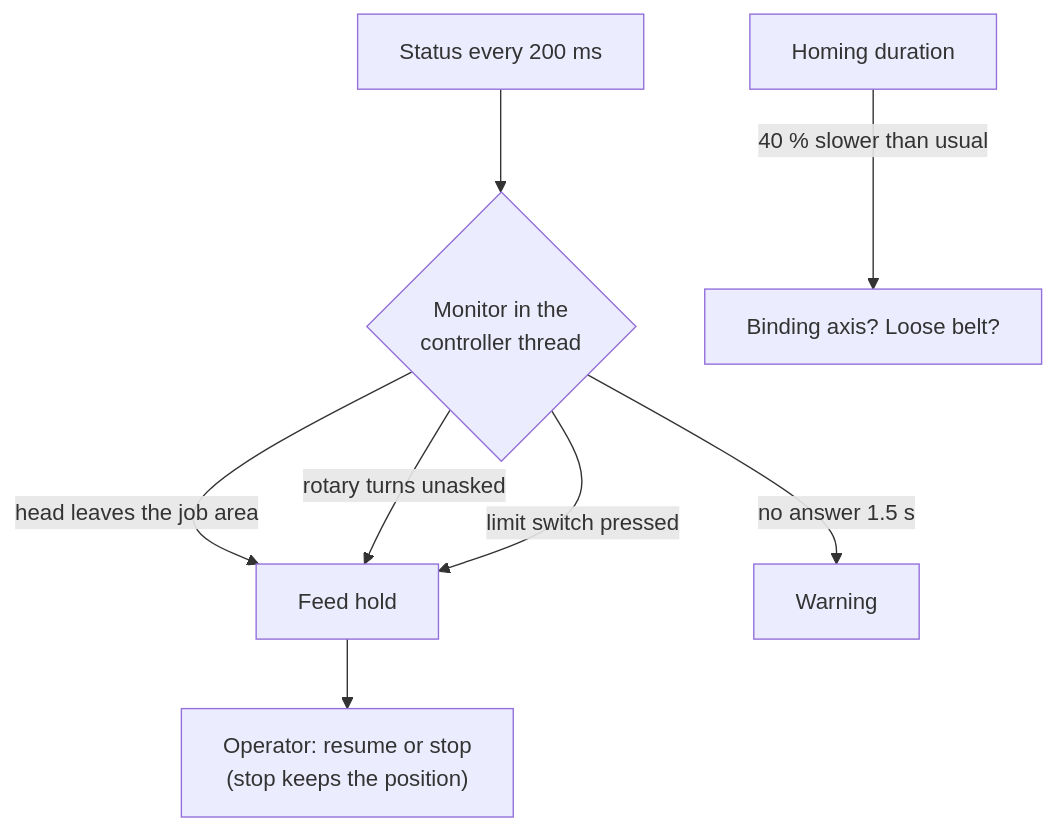
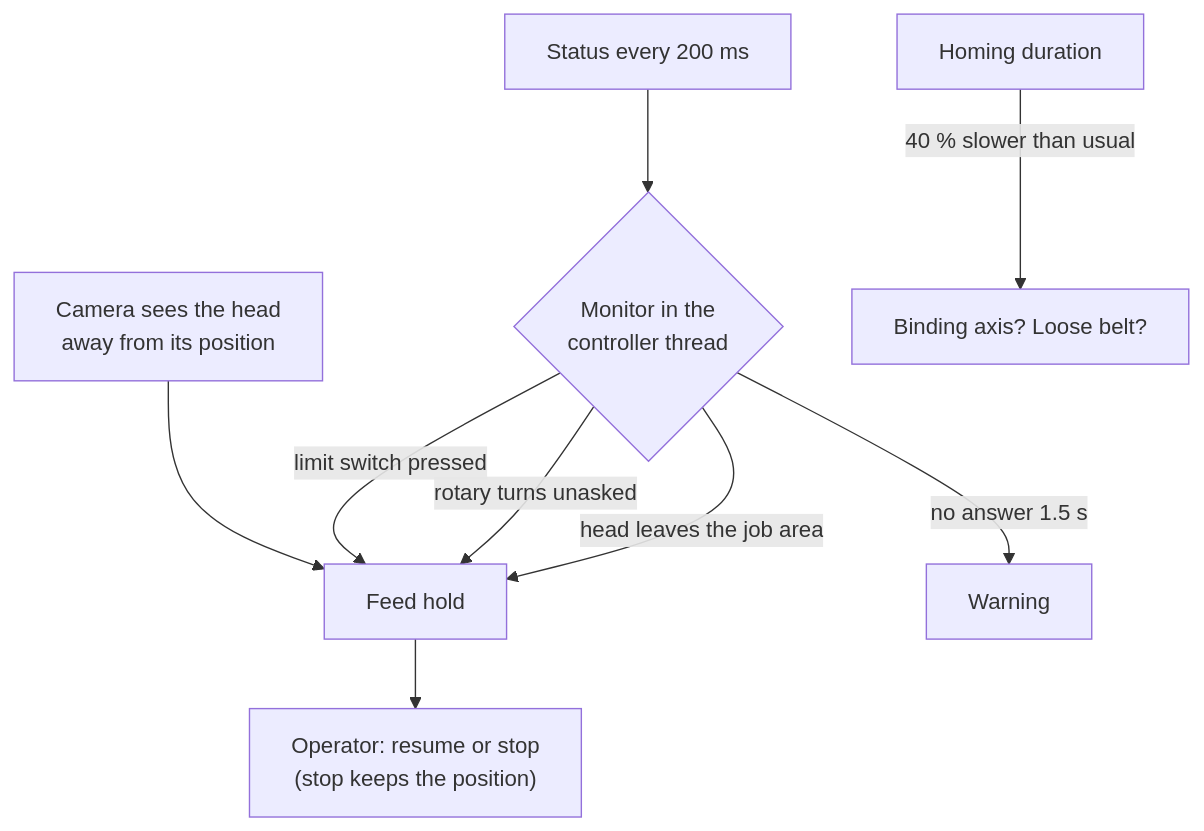
One commit to barracudapps/MyMaxmakeLab changed the second of 3 diagrams in README.md. Above: the diagram before and after it, drawn with Mermaid. The commit also changed other lines of this file, not shown here.

First line of the commit message:
[IMP] README: Carvera, camera movement check and 4-axis faces

````diff
--- a/README.md
+++ b/README.md
@@ -142,10 +146,11 @@
 ```mermaid
 flowchart TB
     S["Status every 200 ms"] --> M{"Monitor in the<br/>controller thread"}
     M -->|head leaves the job area| P["Feed hold"]
     M -->|rotary turns unasked| P
     M -->|limit switch pressed| P
+    C["Camera sees the head<br/>away from its position"] --> P
     M -->|no answer 1.5 s| W["Warning"]
     H["Homing duration"] -->|40 % slower than usual| W2["Binding axis? Loose belt?"]
     P --> R["Operator: resume or stop<br/>(stop keeps the position)"]
 ```
````
